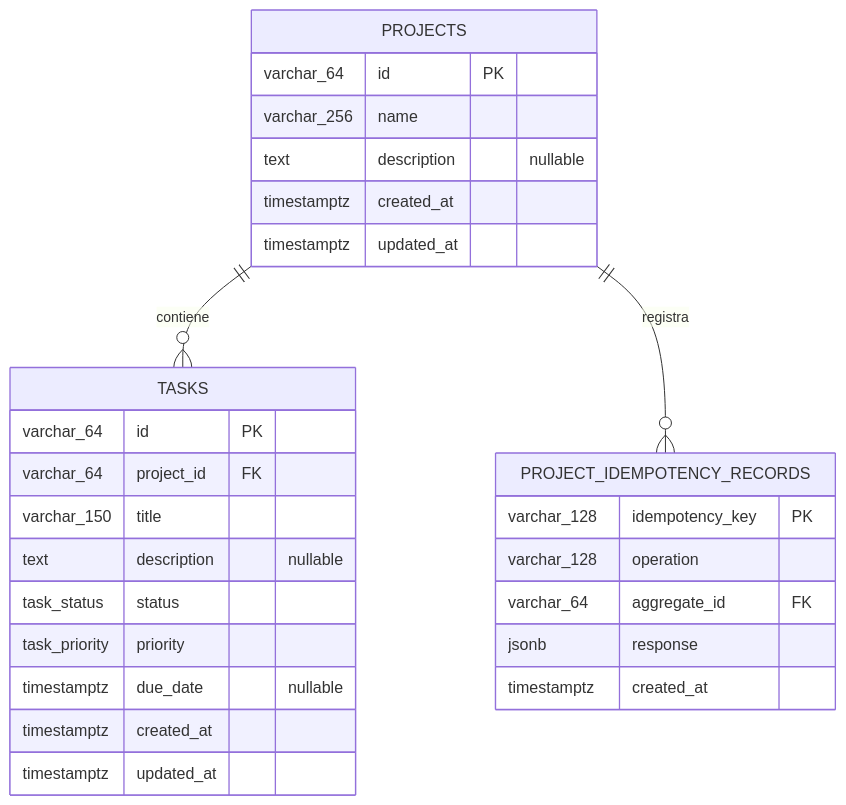
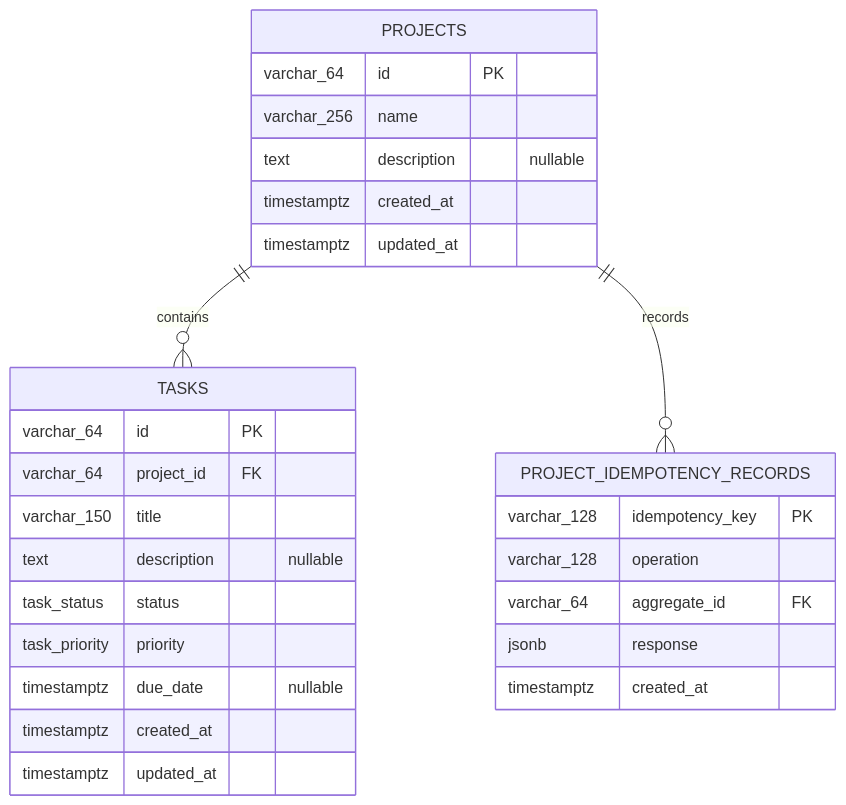
Before and after one commit to Jonatlop07/task-manager-challenge: the second of 2 diagrams in task-manager-backend/README.md, drawn with Mermaid. The commit also changed other lines of this file and 2 other files, not shown here.

````diff
--- a/task-manager-backend/README.md
+++ b/task-manager-backend/README.md
@@ -178,33 +196,33 @@
 ```mermaid
 erDiagram
-  PROJECTS ||--o{ TASKS : "contiene"
-  PROJECTS ||--o{ PROJECT_IDEMPOTENCY_RECORDS : "registra"
+  PROJECTS ||--o{ TASKS : "contains"
+  PROJECTS ||--o{ PROJECT_IDEMPOTENCY_RECORDS : "records"
 
   PROJECTS {
     varchar_64 id PK
     varchar_256 name
     text description "nullable"
     timestamptz created_at
     timestamptz updated_at
   }
 
   TASKS {
     varchar_64 id PK
     varchar_64 project_id FK
     varchar_150 title
     text description "nullable"
     task_status status
     task_priority priority
     timestamptz due_date "nullable"
     timestamptz created_at
     timestamptz updated_at
   }
 
   PROJECT_IDEMPOTENCY_RECORDS {
     varchar_128 idempotency_key PK
     varchar_128 operation
     varchar_64 aggregate_id FK
     jsonb response
     timestamptz created_at
   }
 ```
````
